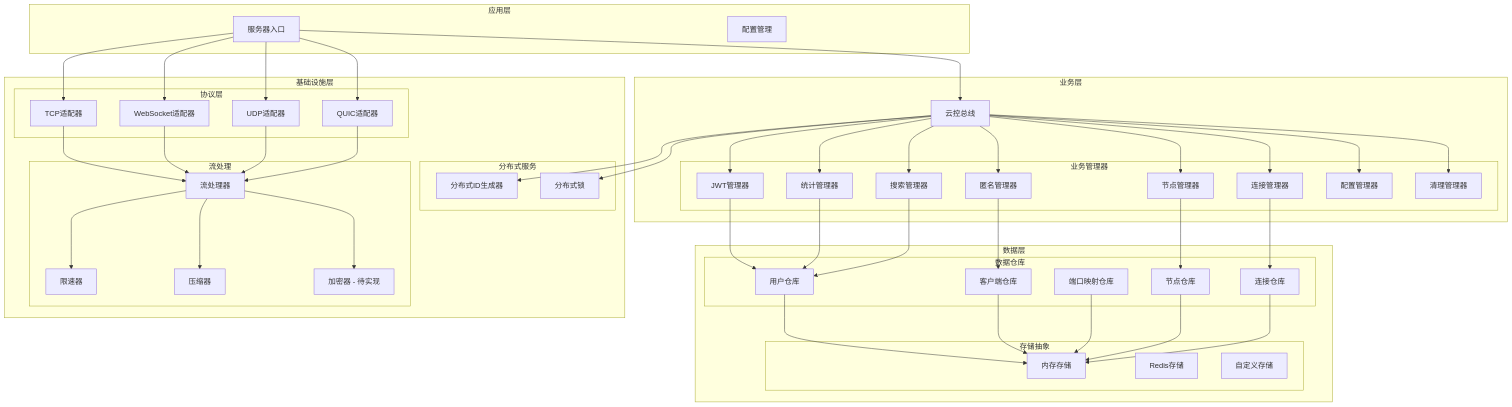
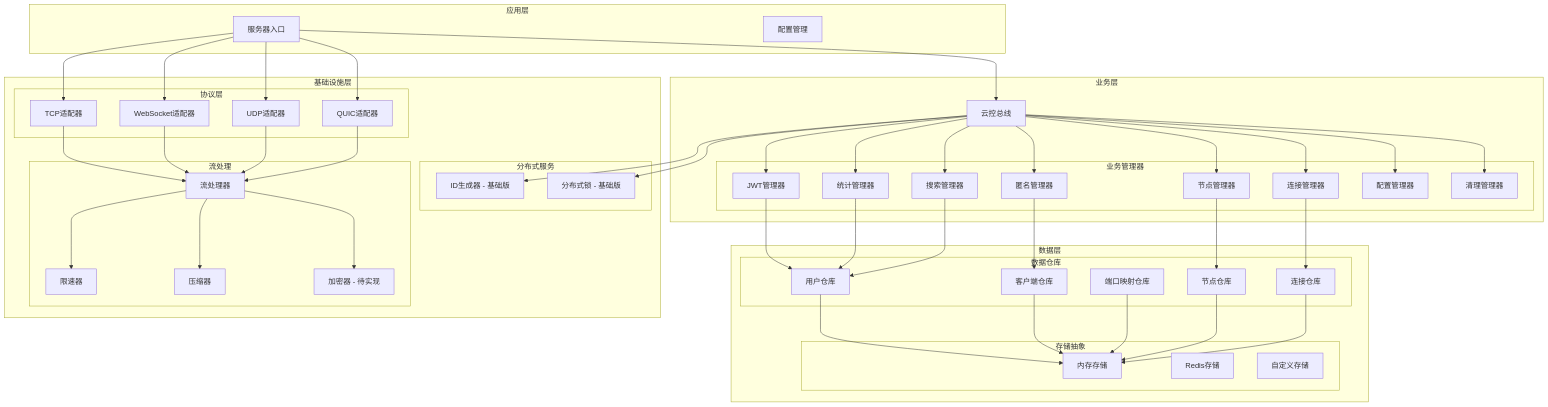
The diagram in README.md (tunnox-net/tunnox-core), drawn with Mermaid before and after one commit. The commit also changed other lines of this file, not shown here.

```diff
--- a/README.md
+++ b/README.md
@@ -80,8 +80,8 @@
     
     subgraph "基础设施层"
         subgraph "分布式服务"
-            IDGenerator[分布式ID生成器]
-            DistributedLock[分布式锁]
+            IDGenerator[ID生成器 - 基础版]
+            DistributedLock[分布式锁 - 基础版]
         end
         
         subgraph "协议层"
```
